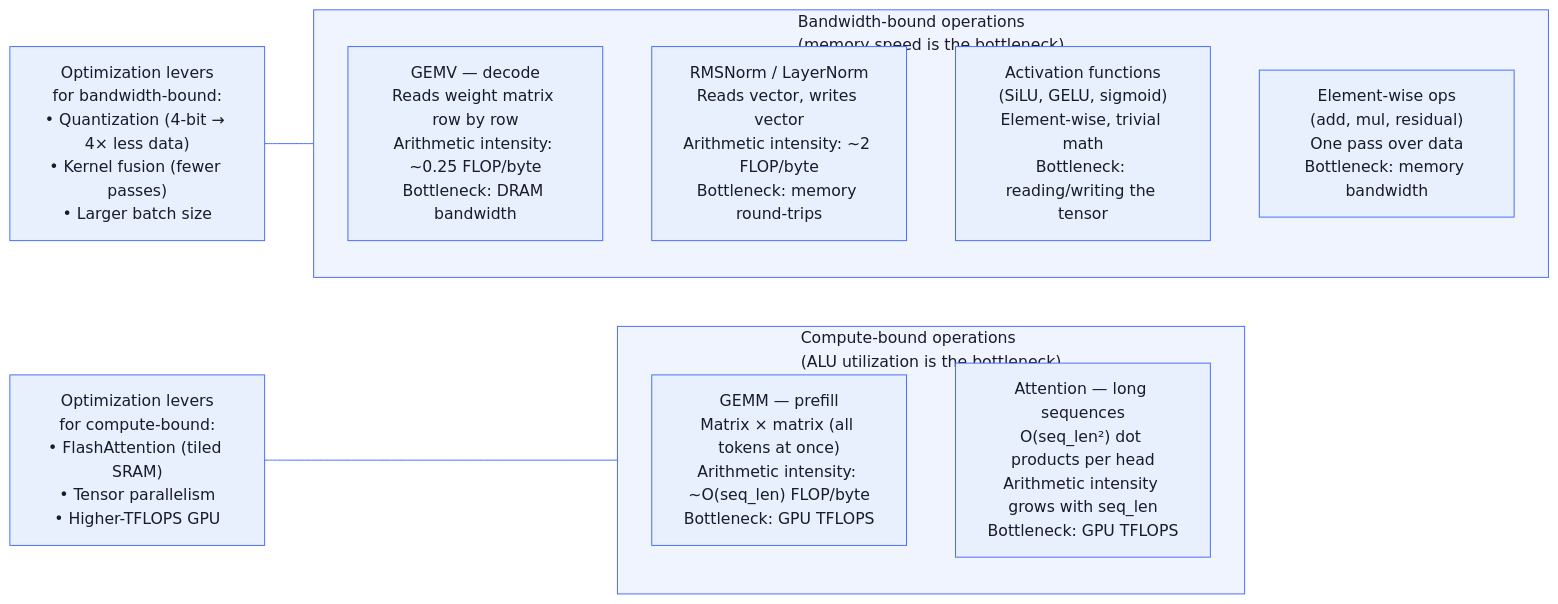
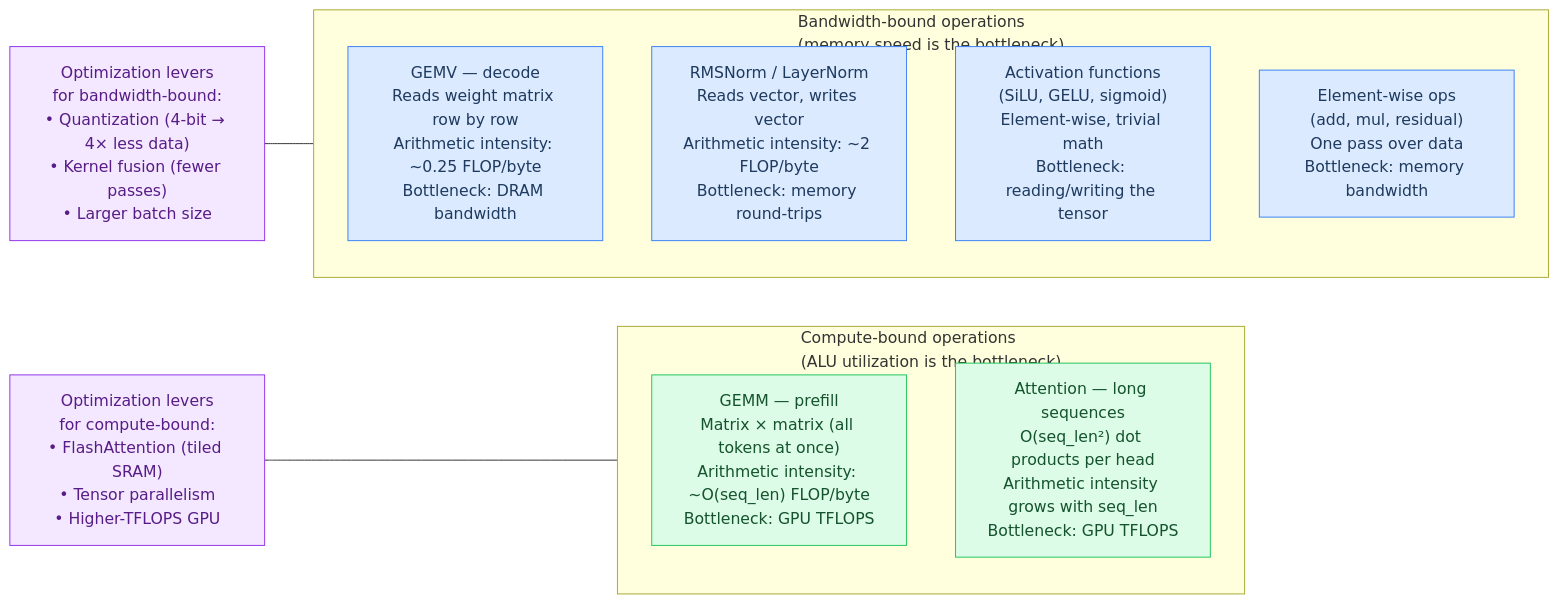
One commit to maci0/agave changed the eighth of 8 diagrams in docs/tutorial/appendix-math.md. Above: the diagram before and after it, drawn with Mermaid. The commit also changed other lines of this file and 24 other files, not shown here.

First line of the commit message:
docs: convert all mermaid diagrams to classDef semantic colors

````diff
--- a/docs/tutorial/appendix-math.md
+++ b/docs/tutorial/appendix-math.md
@@ -660,31 +642,27 @@
 ```mermaid
-%%{init: {'theme': 'base', 'themeVariables': {
-  'primaryColor': '#e8f0fe',
-  'primaryTextColor': '#1a1a2e',
-  'primaryBorderColor': '#4a6cf7',
-  'lineColor': '#4a6cf7',
-  'secondaryColor': '#f0f4ff',
-  'tertiaryColor': '#f8f9ff',
-  'edgeLabelBackground': '#ffffff',
-  'clusterBkg': '#f0f4ff',
-  'clusterBorder': '#4a6cf7',
-  'titleColor': '#1a1a2e',
-  'nodeTextColor': '#1a1a2e',
-  'fontFamily': 'ui-monospace, SFMono-Regular, monospace'
-}}}%%
 flowchart LR
+    classDef setup     fill:#dbeafe,stroke:#3b82f6,color:#1e3a5f
+    classDef sync      fill:#dcfce7,stroke:#22c55e,color:#14532d
+    classDef migration fill:#fef9c3,stroke:#eab308,color:#713f12
+    classDef success   fill:#bbf7d0,stroke:#16a34a,color:#14532d
+    classDef danger    fill:#fee2e2,stroke:#ef4444,color:#7f1d1d
+    classDef optional  fill:#f3e8ff,stroke:#9333ea,color:#581c87
+
+    Opt1["Optimization levers\nfor bandwidth-bound:\n• Quantization (4-bit → 4× less data)\n• Kernel fusion (fewer passes)\n• Larger batch size"]:::optional
+    Opt2["Optimization levers\nfor compute-bound:\n• FlashAttention (tiled SRAM)\n• Tensor parallelism\n• Higher-TFLOPS GPU"]:::optional
+
     subgraph BW["Bandwidth-bound operations\n(memory speed is the bottleneck)"]
-        GEMV2["GEMV — decode\nReads weight matrix row by row\nArithmetic intensity: ~0.25 FLOP/byte\nBottleneck: DRAM bandwidth"]
-        Norm["RMSNorm / LayerNorm\nReads vector, writes vector\nArithmetic intensity: ~2 FLOP/byte\nBottleneck: memory round-trips"]
-        Activation["Activation functions\n(SiLU, GELU, sigmoid)\nElement-wise, trivial math\nBottleneck: reading/writing the tensor"]
-        ElemWise["Element-wise ops\n(add, mul, residual)\nOne pass over data\nBottleneck: memory bandwidth"]
+        GEMV2["GEMV — decode\nReads weight matrix row by row\nArithmetic intensity: ~0.25 FLOP/byte\nBottleneck: DRAM bandwidth"]:::setup
+        Norm["RMSNorm / LayerNorm\nReads vector, writes vector\nArithmetic intensity: ~2 FLOP/byte\nBottleneck: memory round-trips"]:::setup
+        Activation["Activation functions\n(SiLU, GELU, sigmoid)\nElement-wise, trivial math\nBottleneck: reading/writing the tensor"]:::setup
+        ElemWise["Element-wise ops\n(add, mul, residual)\nOne pass over data\nBottleneck: memory bandwidth"]:::setup
     end
 
     subgraph Compute["Compute-bound operations\n(ALU utilization is the bottleneck)"]
-        Prefill["GEMM — prefill\nMatrix × matrix (all tokens at once)\nArithmetic intensity: ~O(seq_len) FLOP/byte\nBottleneck: GPU TFLOPS"]
-        LongAttn["Attention — long sequences\nO(seq_len²) dot products per head\nArithmetic intensity grows with seq_len\nBottleneck: GPU TFLOPS"]
+        Prefill["GEMM — prefill\nMatrix × matrix (all tokens at once)\nArithmetic intensity: ~O(seq_len) FLOP/byte\nBottleneck: GPU TFLOPS"]:::sync
+        LongAttn["Attention — long sequences\nO(seq_len²) dot products per head\nArithmetic intensity grows with seq_len\nBottleneck: GPU TFLOPS"]:::sync
     end
 
-    Opt1["Optimization levers\nfor bandwidth-bound:\n• Quantization (4-bit → 4× less data)\n• Kernel fusion (fewer passes)\n• Larger batch size"] --- BW
-    Opt2["Optimization levers\nfor compute-bound:\n• FlashAttention (tiled SRAM)\n• Tensor parallelism\n• Higher-TFLOPS GPU"] --- Compute
+    Opt1 --- BW
+    Opt2 --- Compute
 ```
````
